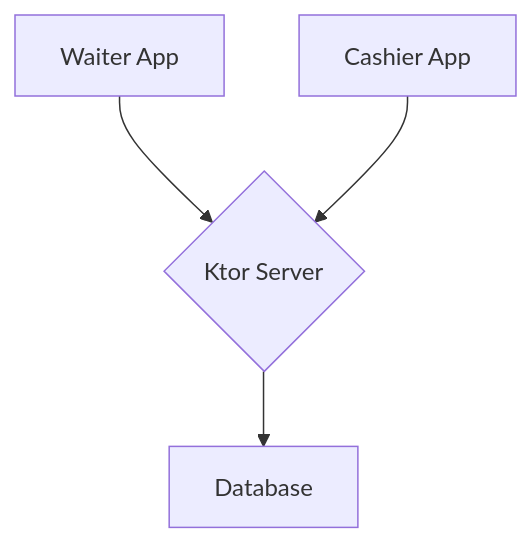
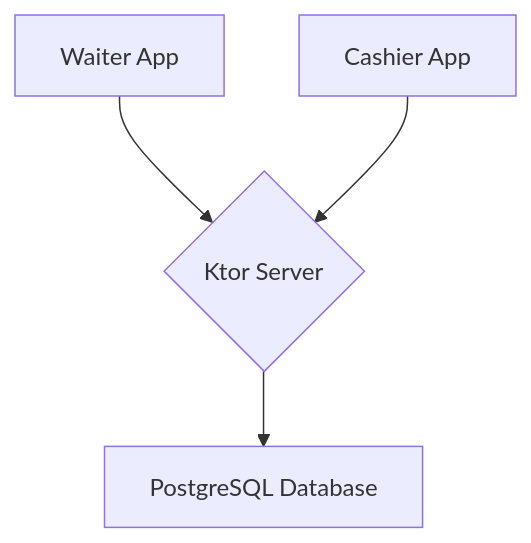
Before and after one commit to Giuseppedarro/Comanda: the diagram in README.md, drawn with Mermaid. The commit also changed other lines of this file, not shown here.

````diff
--- a/README.md
+++ b/README.md
@@ -51,6 +61,6 @@
 ```mermaid
 graph TD
     A[Waiter App] --> C{Ktor Server};
     B[Cashier App] --> C;
-    C --> D[Database];
+    C --> D[PostgreSQL Database];
 ```
````
